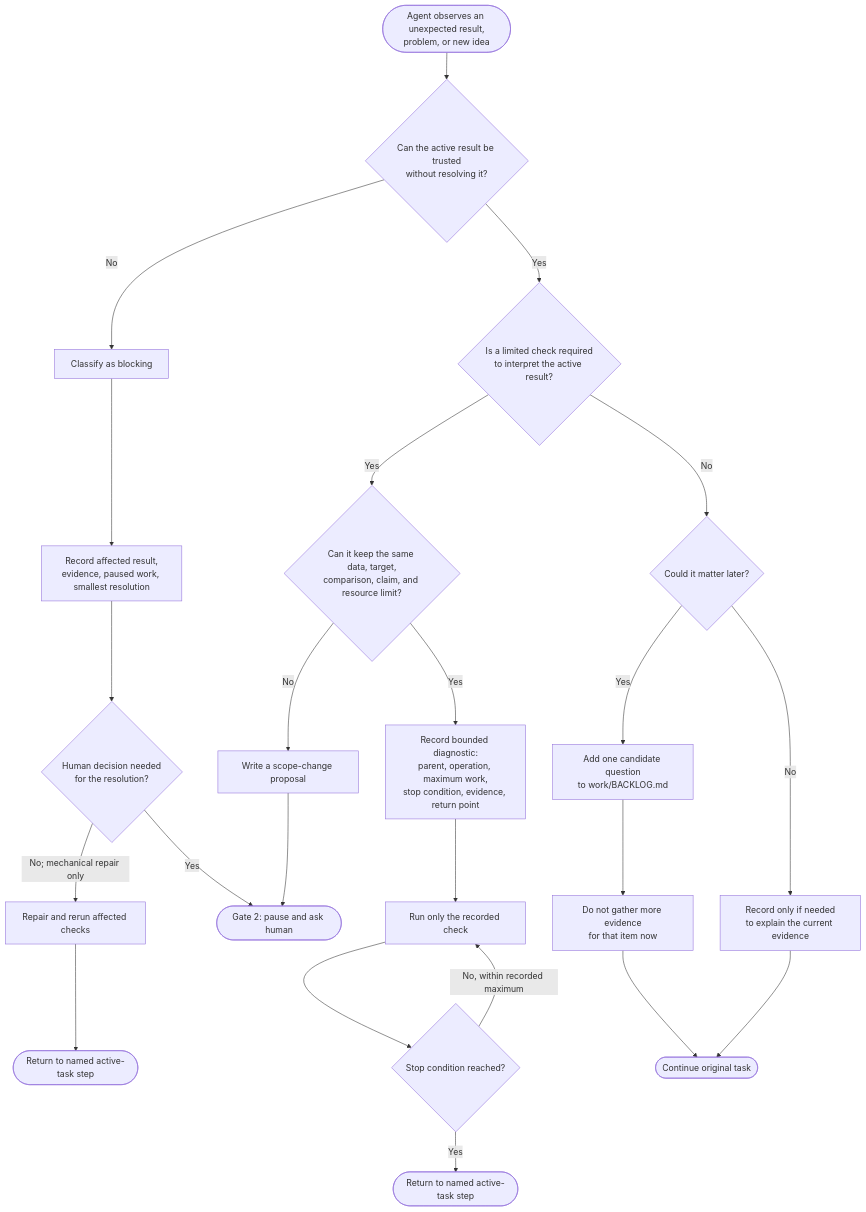
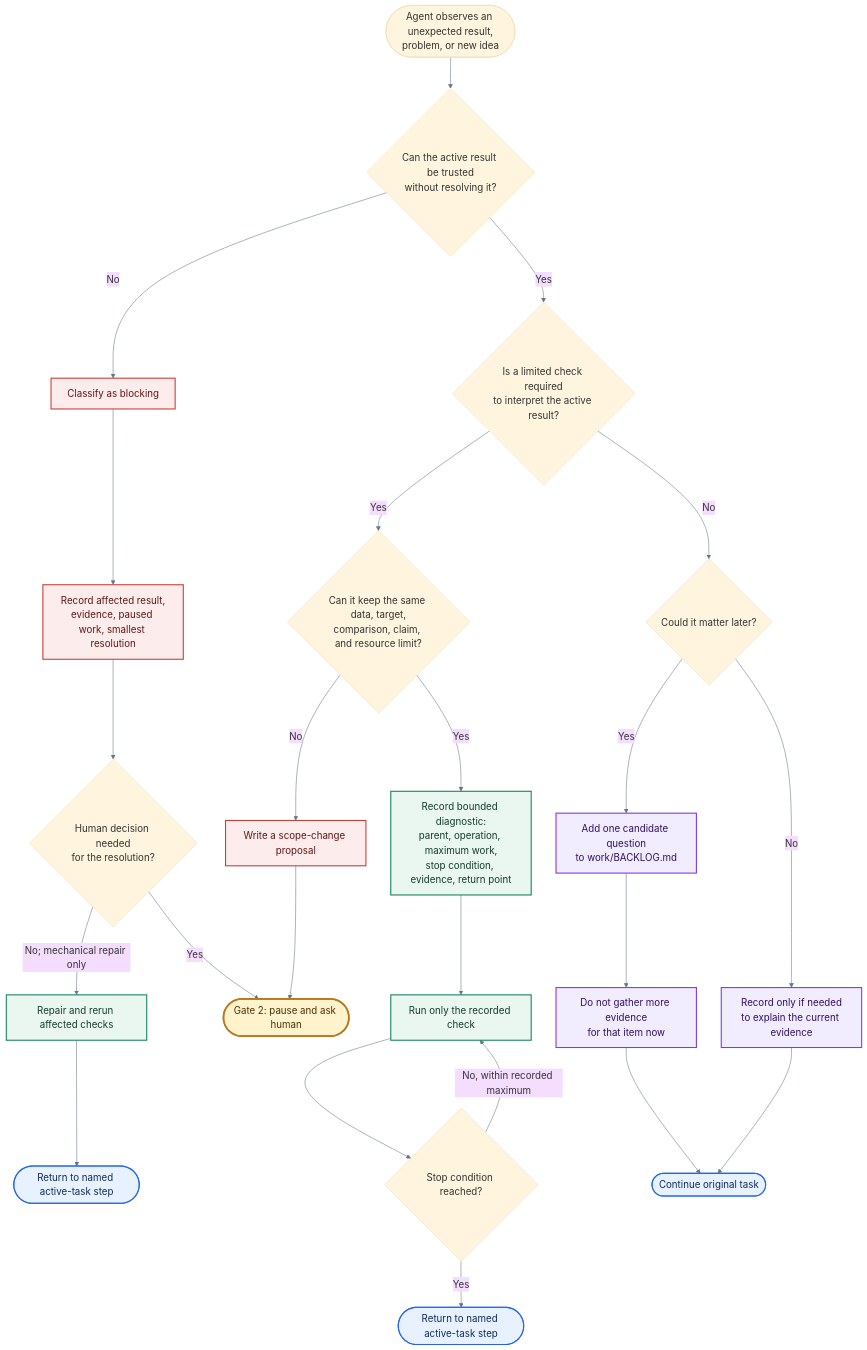
One commit to Jhziiiig/research-agent-template changed the sixth of 8 diagrams in workflow/PROCESS_MAP.md. Above: the diagram before and after it, drawn with Mermaid. The commit also changed other lines of this file and 2 other files, not shown here.

Commit message:
Improve workflow diagram readability

````diff
--- a/workflow/PROCESS_MAP.md
+++ b/workflow/PROCESS_MAP.md
@@ -92,28 +152,41 @@
 ```mermaid
+%%{init: {"theme":"base","themeVariables":{"fontFamily":"Arial, sans-serif","fontSize":"18px","lineColor":"#64748B"},"flowchart":{"curve":"basis","nodeSpacing":46,"rankSpacing":58,"htmlLabels":true}}}%%
 flowchart TB
     Finding([Agent observes an unexpected result,<br/>problem, or new idea]) --> Trust{Can the active result be trusted<br/>without resolving it?}
 
     Trust -- No --> Blocking[Classify as blocking]
     Blocking --> BlockRecord[Record affected result,<br/>evidence, paused work, smallest resolution]
     BlockRecord --> HumanBlock{Human decision needed<br/>for the resolution?}
     HumanBlock -- No; mechanical repair only --> Repair[Repair and rerun affected checks]
     Repair --> Return1([Return to named active-task step])
     HumanBlock -- Yes --> Gate2([Gate 2: pause and ask human])
 
     Trust -- Yes --> Needed{Is a limited check required<br/>to interpret the active result?}
     Needed -- Yes --> Fits{Can it keep the same data, target,<br/>comparison, claim, and resource limit?}
     Fits -- Yes --> Diagnostic[Record bounded diagnostic:<br/>parent, operation, maximum work,<br/>stop condition, evidence, return point]
     Diagnostic --> RunDiagnostic[Run only the recorded check]
     RunDiagnostic --> StopReached{Stop condition reached?}
     StopReached -- No, within recorded maximum --> RunDiagnostic
     StopReached -- Yes --> Return2([Return to named active-task step])
     Fits -- No --> ScopeProposal[Write a scope-change proposal]
     ScopeProposal --> Gate2
 
     Needed -- No --> Useful{Could it matter later?}
     Useful -- Yes --> Backlog[Add one candidate question<br/>to work/BACKLOG.md]
     Backlog --> NoExecution[Do not gather more evidence<br/>for that item now]
     NoExecution --> Return3([Continue original task])
     Useful -- No --> Note[Record only if needed<br/>to explain the current evidence]
     Note --> Return3
+
+    classDef gate fill:#FFF3CD,stroke:#B7791F,color:#4A3300,stroke-width:3px;
+    classDef return fill:#E8F1FF,stroke:#2563EB,color:#0F2B5B,stroke-width:2px;
+    classDef action fill:#EAF7F0,stroke:#16825D,color:#123C2E,stroke-width:2px;
+    classDef warning fill:#FDECEC,stroke:#C2413B,color:#5F1714,stroke-width:2px;
+    classDef file fill:#F2ECFF,stroke:#7C3AED,color:#2E1065,stroke-width:2px;
+
+    class Gate2 gate;
+    class Return1,Return2,Return3 return;
+    class Repair,Diagnostic,RunDiagnostic action;
+    class Blocking,BlockRecord,ScopeProposal warning;
+    class Backlog,NoExecution,Note file;
 ```
````
